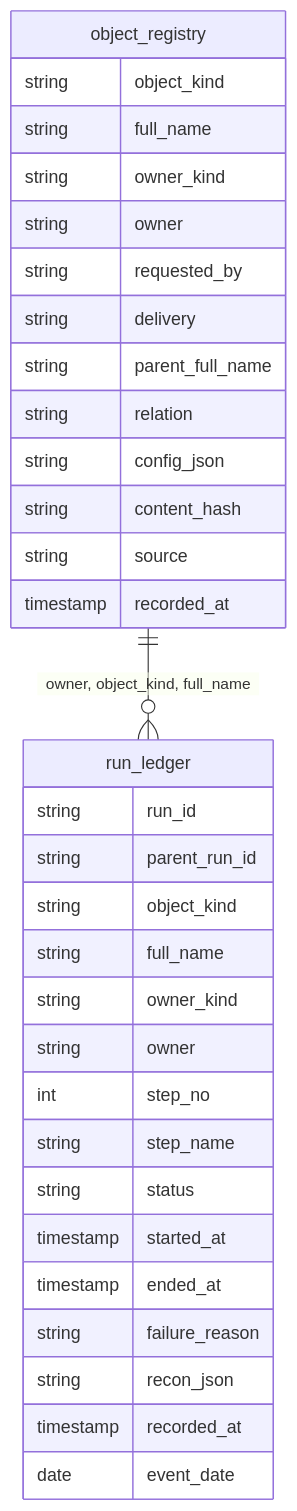
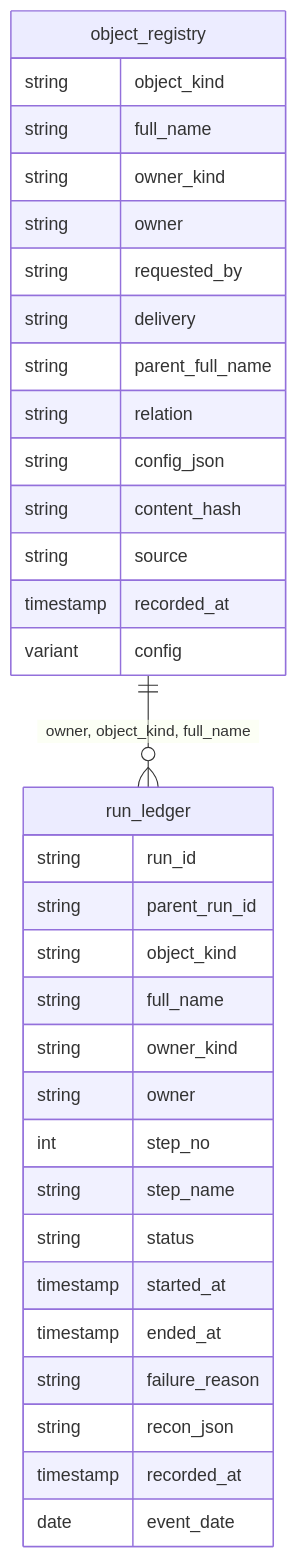
Before and after one commit to NitinKeshavB/framework: the second of 4 diagrams in framework_docs/ARCHITECTURE.md, drawn with Mermaid. The commit also changed other lines of this file and 22 other files, not shown here.

First line of the commit message:
Add load metrics, run views, and table health; store registry config as VARIANT

````diff
--- a/framework_docs/ARCHITECTURE.md
+++ b/framework_docs/ARCHITECTURE.md
@@ -48,35 +48,36 @@
 ```mermaid
 erDiagram
   object_registry ||--o{ run_ledger : "owner, object_kind, full_name"
   object_registry {
     string object_kind
     string full_name
     string owner_kind
     string owner
     string requested_by
     string delivery
     string parent_full_name
     string relation
     string config_json
     string content_hash
     string source
     timestamp recorded_at
+    variant config
   }
   run_ledger {
     string run_id
     string parent_run_id
     string object_kind
     string full_name
     string owner_kind
     string owner
     int step_no
     string step_name
     string status
     timestamp started_at
     timestamp ended_at
     string failure_reason
     string recon_json
     timestamp recorded_at
     date event_date
   }
 ```
````
